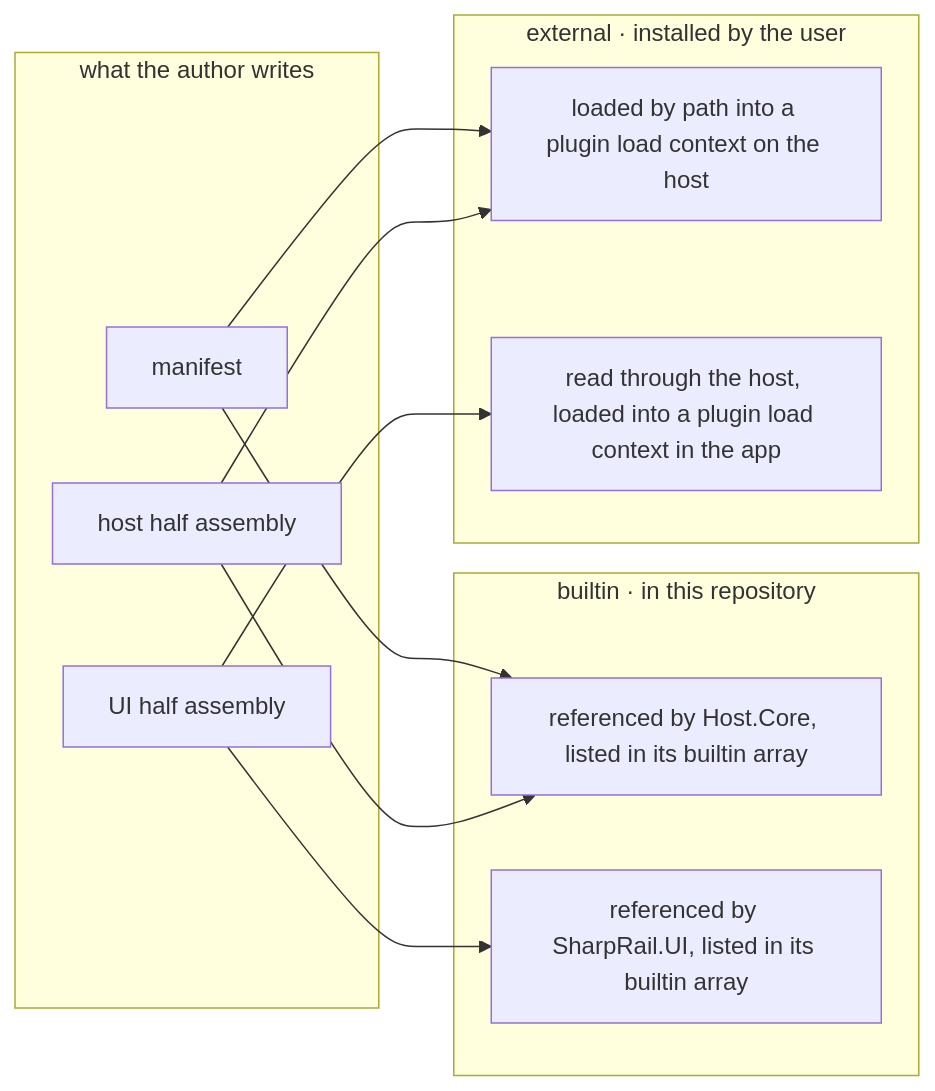
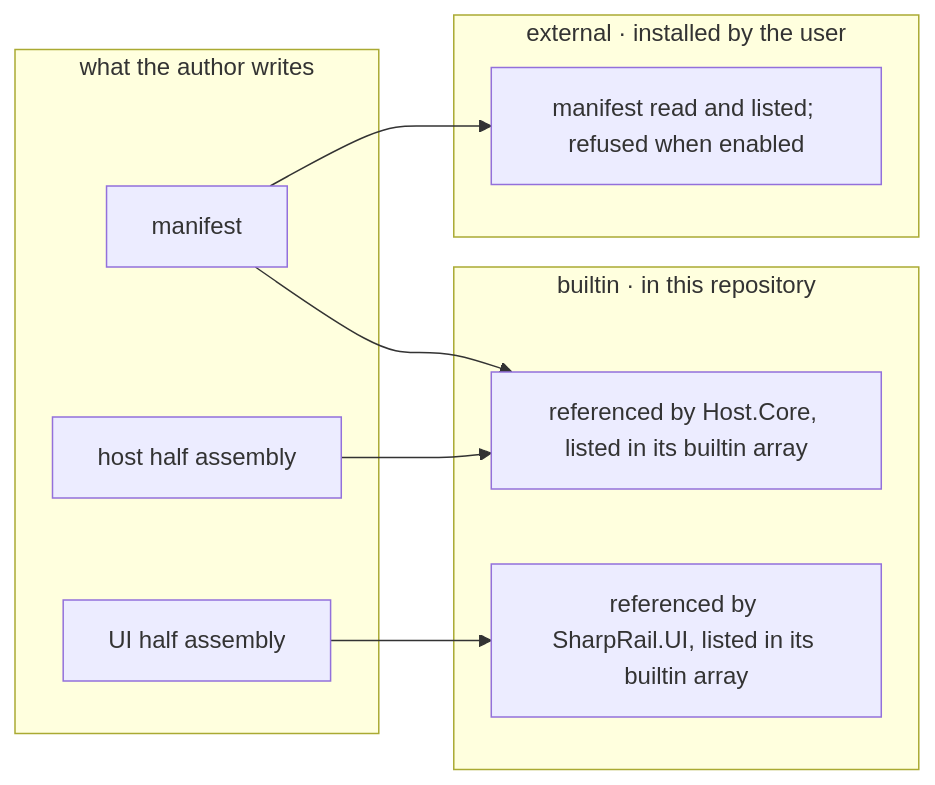
Before and after one commit to CommanderTvis/sharprail: the third of 9 diagrams in src/SharpRail.Plugins.Api/SPEC.md, drawn with Mermaid. The commit also changed other lines of this file and 37 other files, not shown here.

First line of the commit message:
External plugins: discovered and refused, no assembly loading in the host or the app

````diff
--- a/src/SharpRail.Plugins.Api/SPEC.md
+++ b/src/SharpRail.Plugins.Api/SPEC.md
@@ -257,22 +263,19 @@
 ```mermaid
 flowchart LR
     subgraph author["what the author writes"]
         MAN["manifest"]
         HOST["host half assembly"]
         UIH["UI half assembly"]
     end
     subgraph b["builtin · in this repository"]
         B1["referenced by Host.Core, listed in its builtin array"]
         B2["referenced by SharpRail.UI, listed in its builtin array"]
     end
     subgraph i["external · installed by the user"]
-        I1["loaded by path into a plugin load context on the host"]
-        I2["read through the host, loaded into a plugin load context in the app"]
+        I1["manifest read and listed; refused when enabled"]
     end
     MAN --> B1
     MAN --> I1
     HOST --> B1
-    HOST --> I1
     UIH --> B2
-    UIH --> I2
 ```
````
